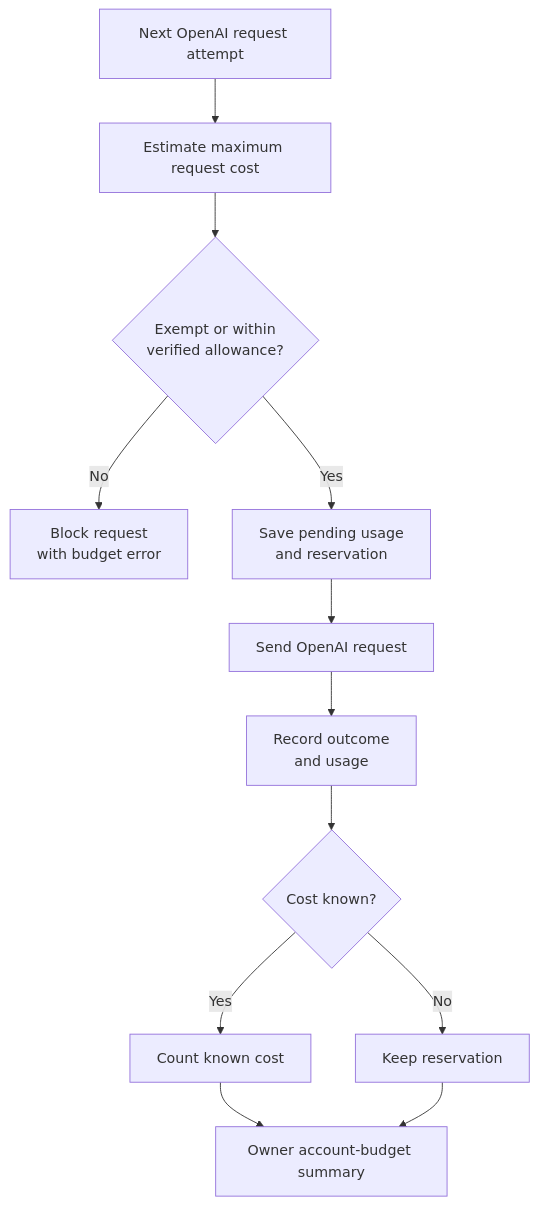
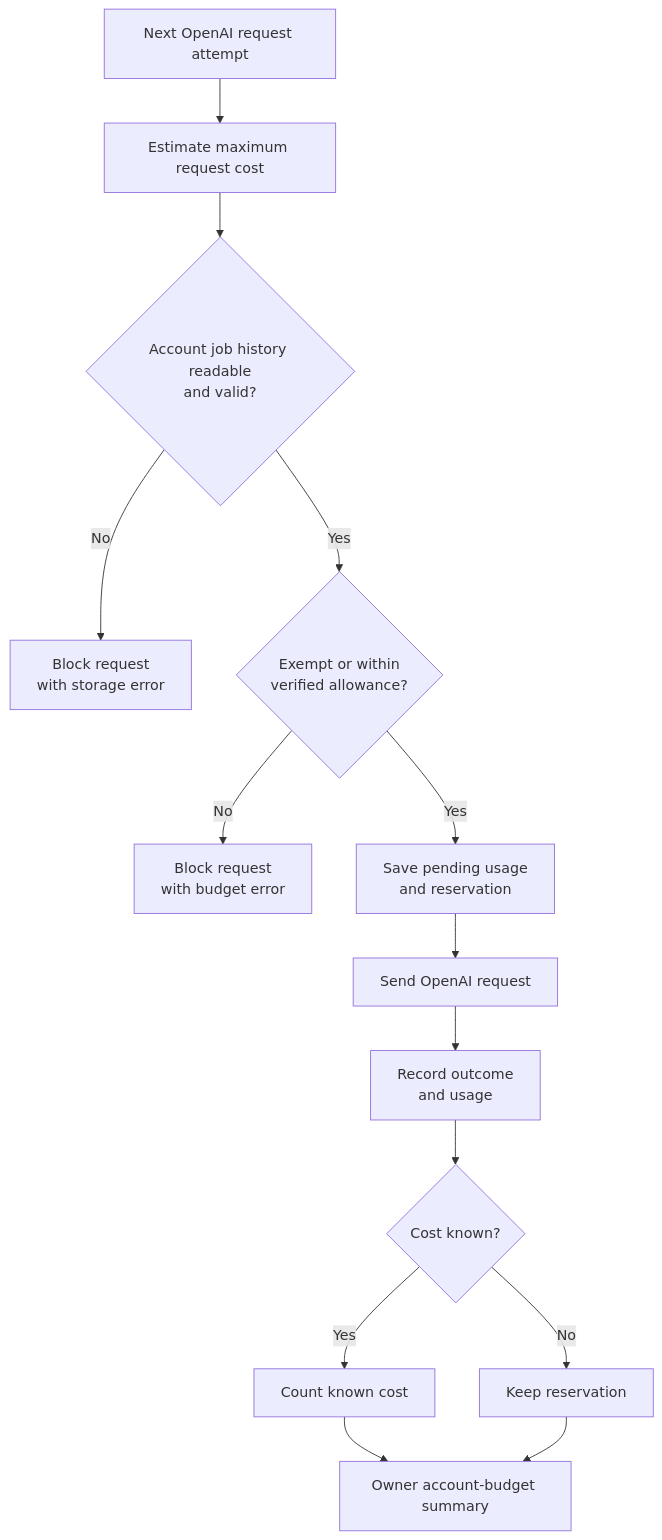
The fifth of 6 diagrams in docs/SERVICE-FLOWS.md (rogierslag/podcast2article), drawn with Mermaid before and after one commit. The commit also changed other lines of this file and 21 other files, not shown here.

````diff
--- a/docs/SERVICE-FLOWS.md
+++ b/docs/SERVICE-FLOWS.md
@@ -236,14 +238,16 @@
 ```mermaid
 flowchart TD
     Attempt["Next OpenAI request attempt"] --> Estimate["Estimate maximum request cost"]
-    Estimate --> Allowed{"Exempt or within<br/>verified allowance?"}
+    Estimate --> History{"Account job history readable<br/>and valid?"}
+    History -->|No| Pause["Block request<br/>with storage error"]
+    History -->|Yes| Allowed{"Exempt or within<br/>verified allowance?"}
     Allowed -->|No| Block["Block request<br/>with budget error"]
     Allowed -->|Yes| Persist["Save pending usage<br/>and reservation"]
     Persist --> Send["Send OpenAI request"]
     Send --> Result["Record outcome<br/>and usage"]
     Result --> Known{"Cost known?"}
     Known -->|Yes| Cost["Count known cost"]
     Known -->|No| Reserve["Keep reservation"]
     Cost --> Summary["Owner account-budget summary"]
     Reserve --> Summary
 ```
````
